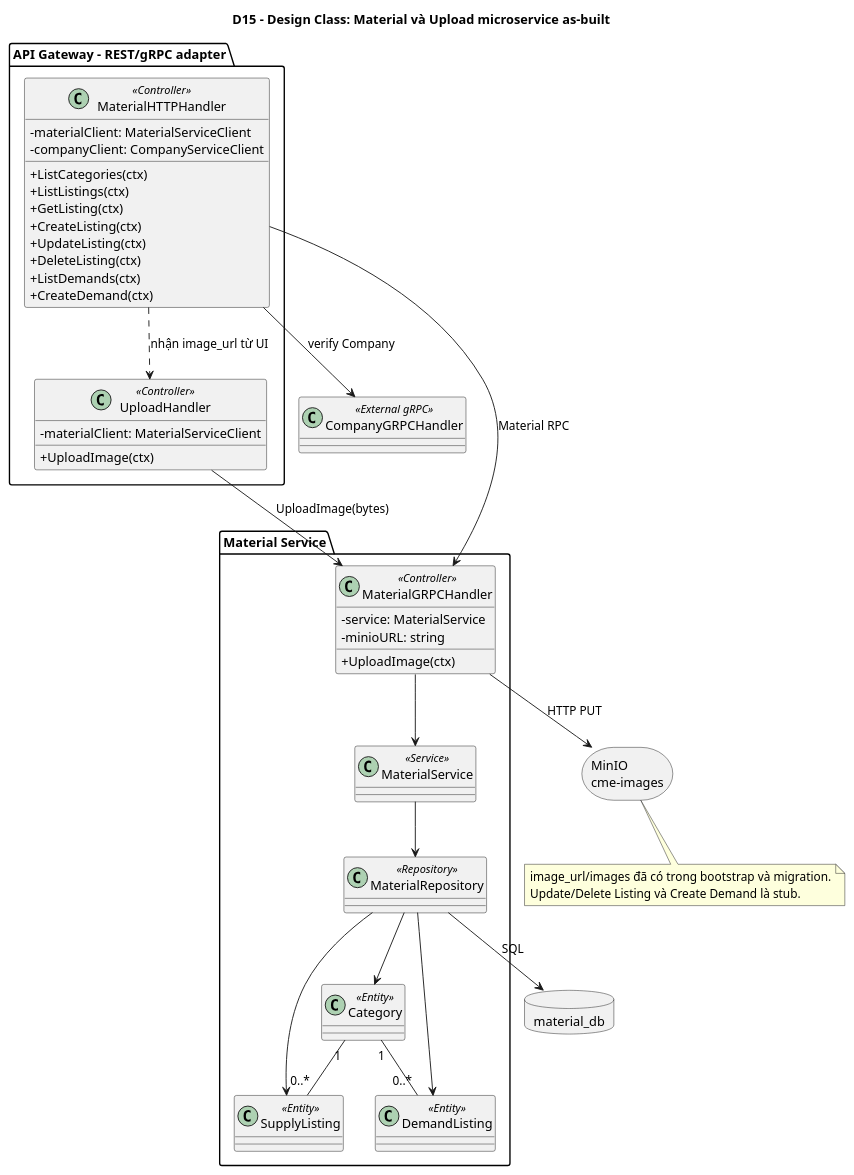
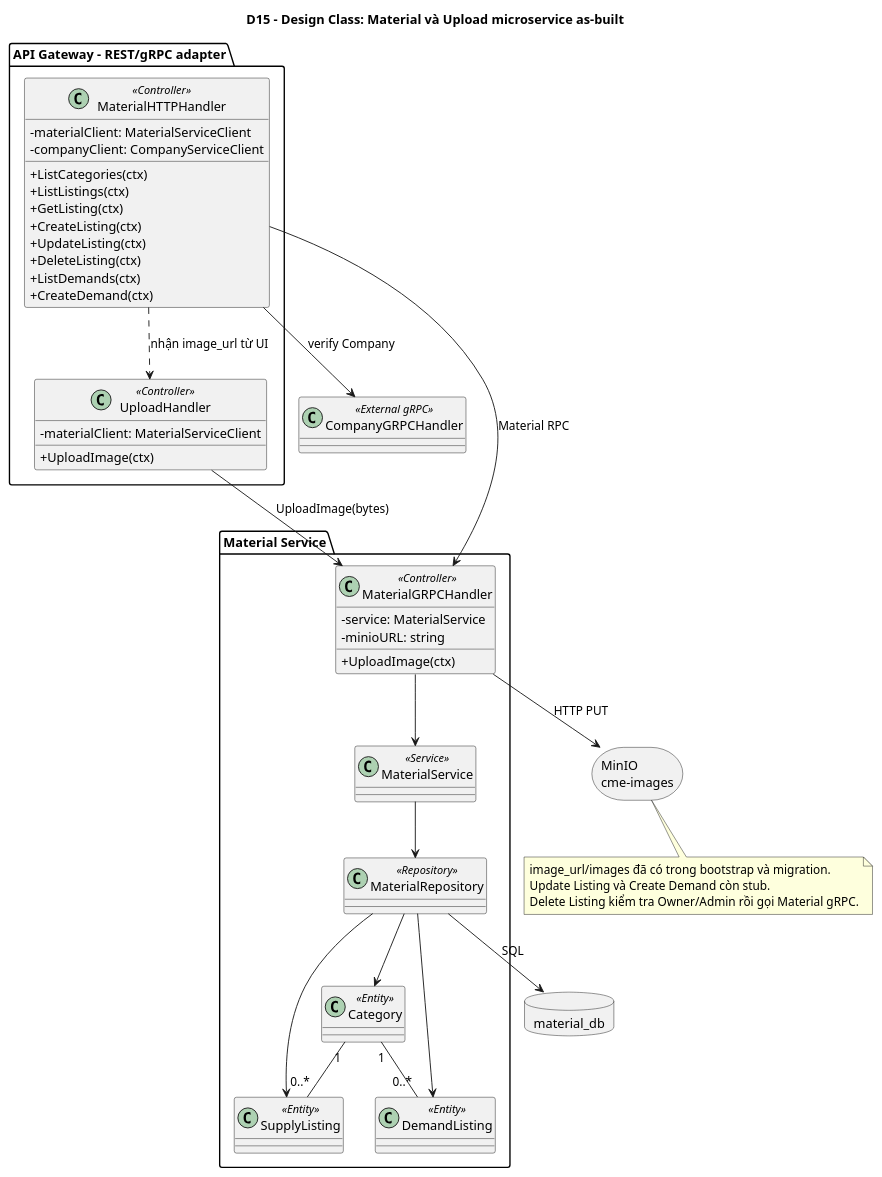
The diagram in project-submission/04-diagrams/chapter-04-design/D15-material-design-class.puml (NguyetNgaLe/Circular-Materials-Exchange), drawn with PlantUML before and after one commit. The commit also changed 12 other files, not shown here.

Commit message:
feat: delete owned material listings

```diff
--- a/project-submission/04-diagrams/chapter-04-design/D15-material-design-class.puml
+++ b/project-submission/04-diagrams/chapter-04-design/D15-material-design-class.puml
@@ -1,62 +1,63 @@
 @startuml
 allowmixing
 title D15 - Design Class: Material và Upload microservice as-built
 skinparam classAttributeIconSize 0
 
 package "API Gateway - REST/gRPC adapter" {
   class MaterialHTTPHandler <<Controller>> {
     -materialClient: MaterialServiceClient
     -companyClient: CompanyServiceClient
     +ListCategories(ctx)
     +ListListings(ctx)
     +GetListing(ctx)
     +CreateListing(ctx)
     +UpdateListing(ctx)
     +DeleteListing(ctx)
     +ListDemands(ctx)
     +CreateDemand(ctx)
   }
 
   class UploadHandler <<Controller>> {
     -materialClient: MaterialServiceClient
     +UploadImage(ctx)
   }
 }
 
 package "Material Service" {
   class MaterialGRPCHandler <<Controller>> {
     -service: MaterialService
     -minioURL: string
     +UploadImage(ctx)
   }
   class MaterialService <<Service>>
   class MaterialRepository <<Repository>>
   class Category <<Entity>>
   class SupplyListing <<Entity>>
   class DemandListing <<Entity>>
 
   MaterialGRPCHandler --> MaterialService
   MaterialService --> MaterialRepository
   MaterialRepository --> Category
   MaterialRepository --> SupplyListing
   MaterialRepository --> DemandListing
   Category "1" -- "0..*" SupplyListing
   Category "1" -- "0..*" DemandListing
 }
 
 database "material_db" as MaterialDB
 class CompanyGRPCHandler <<External gRPC>>
 storage "MinIO\ncme-images" as MinIO
 
 MaterialHTTPHandler --> MaterialGRPCHandler : Material RPC
 MaterialHTTPHandler --> CompanyGRPCHandler : verify Company
 UploadHandler --> MaterialGRPCHandler : UploadImage(bytes)
 MaterialRepository --> MaterialDB : SQL
 MaterialGRPCHandler --> MinIO : HTTP PUT
 MaterialHTTPHandler ..> UploadHandler : nhận image_url từ UI
 
 note bottom
   image_url/images đã có trong bootstrap và migration.
-  Update/Delete Listing và Create Demand là stub.
+  Update Listing và Create Demand còn stub.
+  Delete Listing kiểm tra Owner/Admin rồi gọi Material gRPC.
 end note
 @enduml
```
